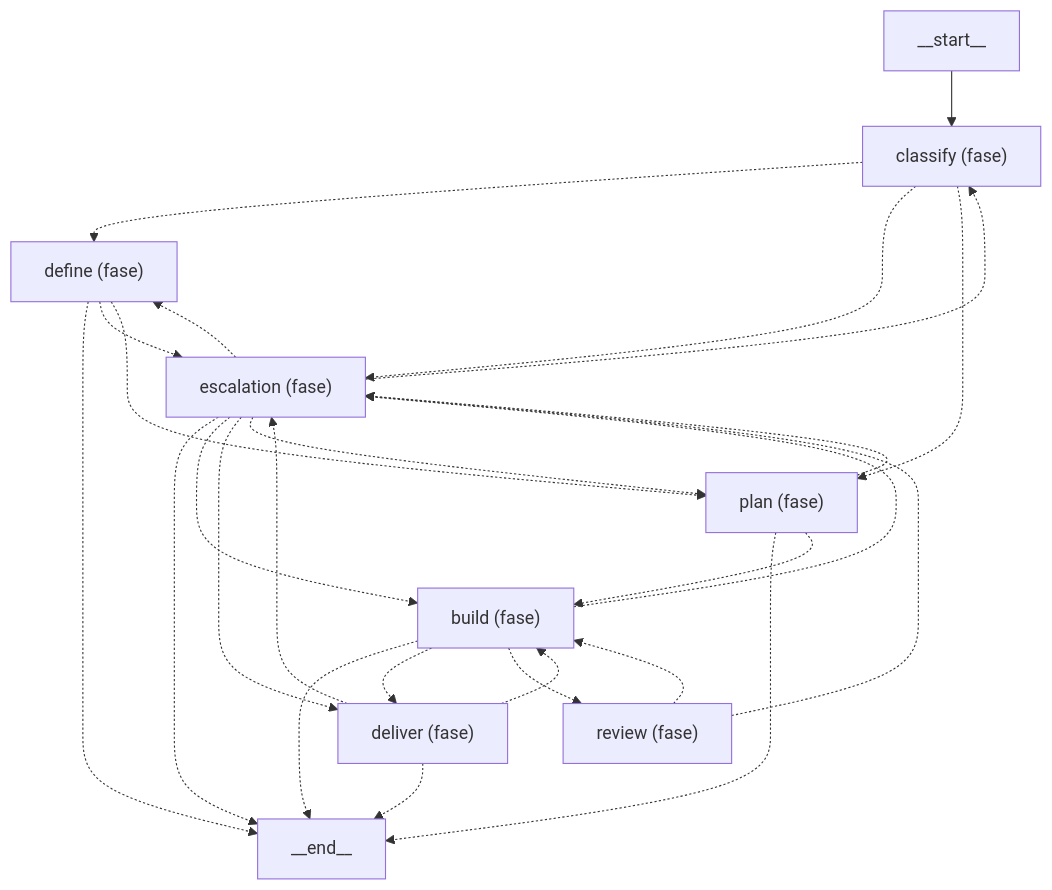
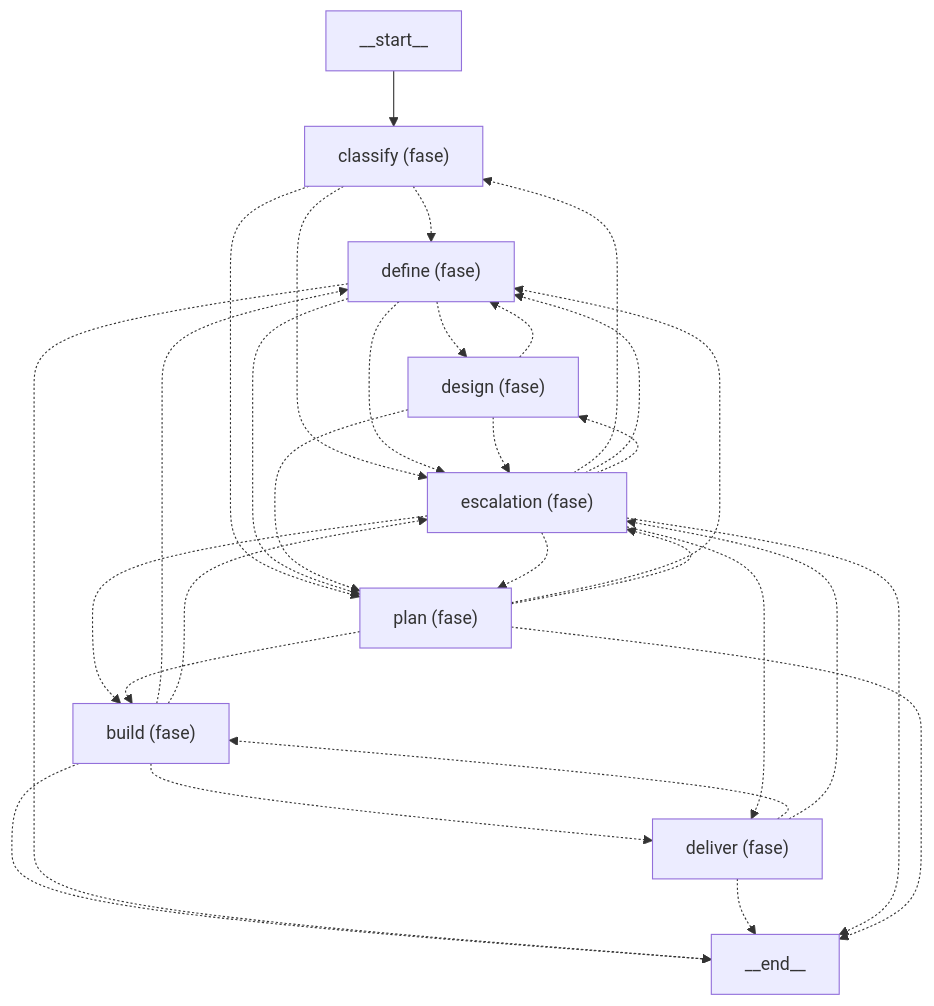
The diagram in docs/architecture/generated/role-graph.md (GonzaloZevallos/agentic-system), drawn with Mermaid before and after one commit. The commit also changed other lines of this file and 13 other files, not shown here.

Commit message:
Add the define and diagnose edges the promotion routing needs to the graph, test a mid-run promotion, and split the role-graph pages to fit the budget

````diff
--- a/docs/architecture/generated/role-graph.md
+++ b/docs/architecture/generated/role-graph.md
@@ -13,37 +13,41 @@
 ```mermaid
 graph TD
     __end__["__end__"]
     __start__["__start__"]
     phase_build["build (fase)"]
     phase_classify["classify (fase)"]
     phase_define["define (fase)"]
     phase_deliver["deliver (fase)"]
+    phase_design["design (fase)"]
     phase_escalation["escalation (fase)"]
     phase_plan["plan (fase)"]
-    phase_review["review (fase)"]
     __start__ --> phase_classify
     phase_build -.-> __end__
+    phase_build -.-> phase_define
     phase_build -.-> phase_deliver
     phase_build -.-> phase_escalation
-    phase_build -.-> phase_review
     phase_classify -.-> phase_define
     phase_classify -.-> phase_escalation
     phase_classify -.-> phase_plan
     phase_define -.-> __end__
+    phase_define -.-> phase_design
     phase_define -.-> phase_escalation
     phase_define -.-> phase_plan
     phase_deliver -.-> __end__
     phase_deliver -.-> phase_build
     phase_deliver -.-> phase_escalation
+    phase_design -.-> phase_define
+    phase_design -.-> phase_escalation
+    phase_design -.-> phase_plan
     phase_escalation -.-> __end__
     phase_escalation -.-> phase_build
     phase_escalation -.-> phase_classify
     phase_escalation -.-> phase_define
     phase_escalation -.-> phase_deliver
+    phase_escalation -.-> phase_design
     phase_escalation -.-> phase_plan
     phase_plan -.-> __end__
     phase_plan -.-> phase_build
+    phase_plan -.-> phase_define
     phase_plan -.-> phase_escalation
-    phase_review -.-> phase_build
-    phase_review -.-> phase_escalation
 ```
````
